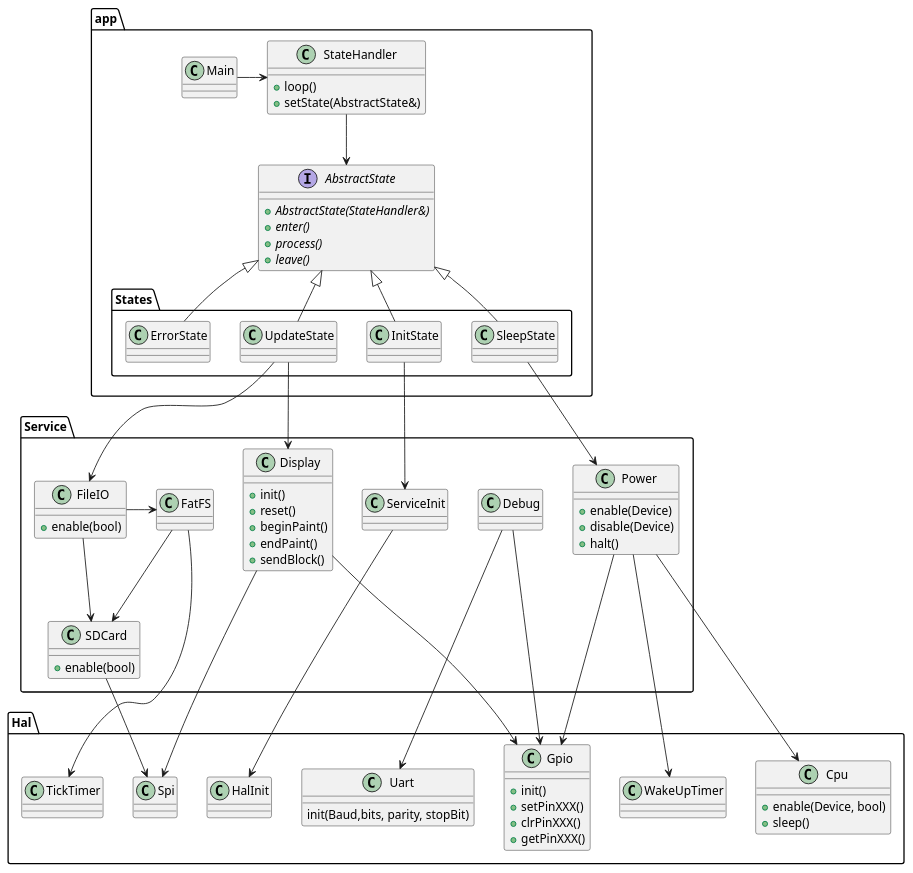
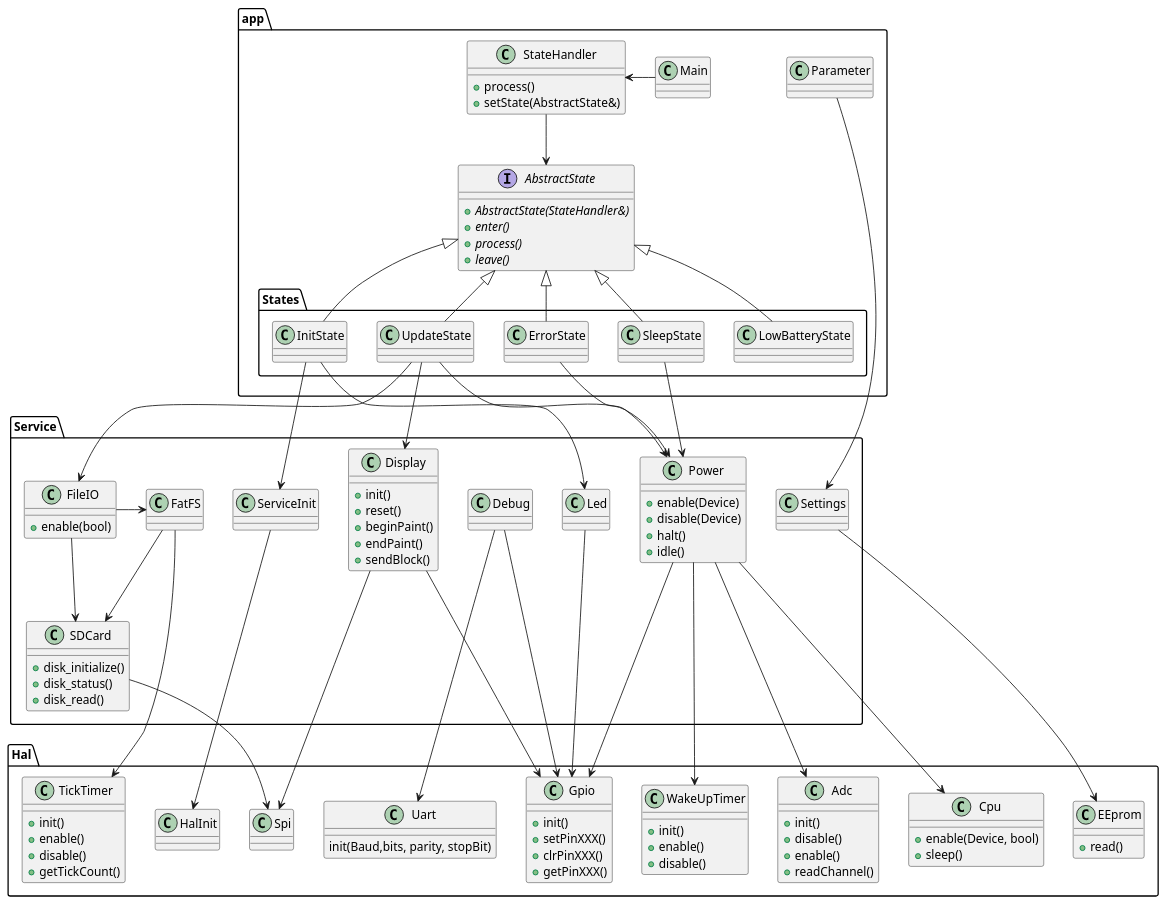
Before and after one commit to nhjschulz/EInkPicFrame: the diagram in design/plantuml/ClassDiagram.plantuml, drawn with PlantUML. The commit also changed 2 other files, not shown here.

Commit message:
Design: Added Low Battery detection

```diff
--- a/design/plantuml/ClassDiagram.plantuml
+++ b/design/plantuml/ClassDiagram.plantuml
@@ -1,107 +1,152 @@
 @startuml
 
 package app {
     class Main
     class StateHandler {
-        +loop()
+        +process()
         +setState(AbstractState&)
     }
+
     interface AbstractState {
         {abstract}+AbstractState(StateHandler&)
         {abstract} +enter()
         {abstract} +process()
         {abstract} +leave()
     }
+
+    class Parameter {
+
+    }
+
     package States {
         class SleepState
         class UpdateState
         class InitState
         class ErrorState
+        class LowBatteryState
 
         UpdateState -u-|> AbstractState
         SleepState -u-|> AbstractState
         InitState -u-|> AbstractState
         ErrorState -u-|> AbstractState
-
+        LowBatteryState -u-|> AbstractState
     }
 
     Main -> StateHandler
     StateHandler --> AbstractState
 }
 
 package Service {
     class FileIO {
         +enable(bool)
     }
     class FatFS
     class ServiceInit {
       
     }
     class Display {
         +init()
         +reset()
         +beginPaint()
         +endPaint()
         +sendBlock()
     }
     class SDCard {
-        +enable(bool)
+        +disk_initialize()
+        +disk_status()
+        +disk_read()
     }
+
     class Debug
+    
+    class Led {
+
+    }
+
     class Power {
         +enable(Device)
         +disable(Device)
         +halt()
+        +idle()
+    }
+
+    class Settings {
+
     }
 
 }
 
 package Hal {
 
     class Spi 
     class Uart {
         init(Baud,bits, parity, stopBit)
 
     }
     
     class HalInit
     class Cpu {
         +enable(Device, bool)
         +sleep()
     }
     class Gpio {
         +init()
         +setPinXXX()
         +clrPinXXX()
         +getPinXXX()
     }
 
     class TickTimer {
-
+        +init()
+        +enable()
+        +disable()
+        +getTickCount()
     }
     
     class WakeUpTimer {
+        +init()
+        +enable()
+        +disable()
+    }
 
+    class Adc {
+        +init()
+        +disable()
+        +enable()
+        +readChannel()
+    }
+
+    class EEprom {
+        +read()
     }
 
 }
 
 InitState --> ServiceInit
+InitState --> Led
 ServiceInit --> HalInit
 UpdateState --> FileIO
 UpdateState --> Display
 SleepState --> Power
+ErrorState --> Power
+UpdateState --> Power
+Parameter --> Settings
+
 FileIO ->FatFS
 FatFS --> SDCard
 FileIO --> SDCard
 
 Debug --> Uart
 Debug --> Gpio
 SDCard --> Spi
 Display --> Spi
 Display --> Gpio
 Power --> Cpu
 Power --> WakeUpTimer
 Power --> Gpio
+Power ---> Adc
 FatFS --> TickTimer
+Settings --> EEprom
+Led --> Gpio
+
 @enduml
```
